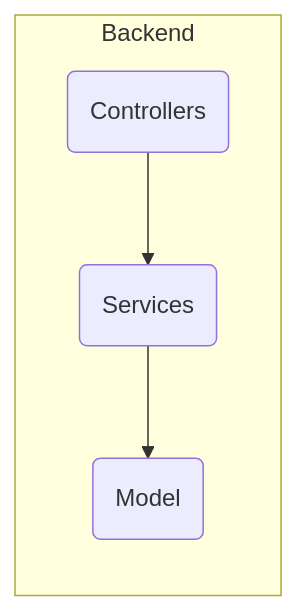
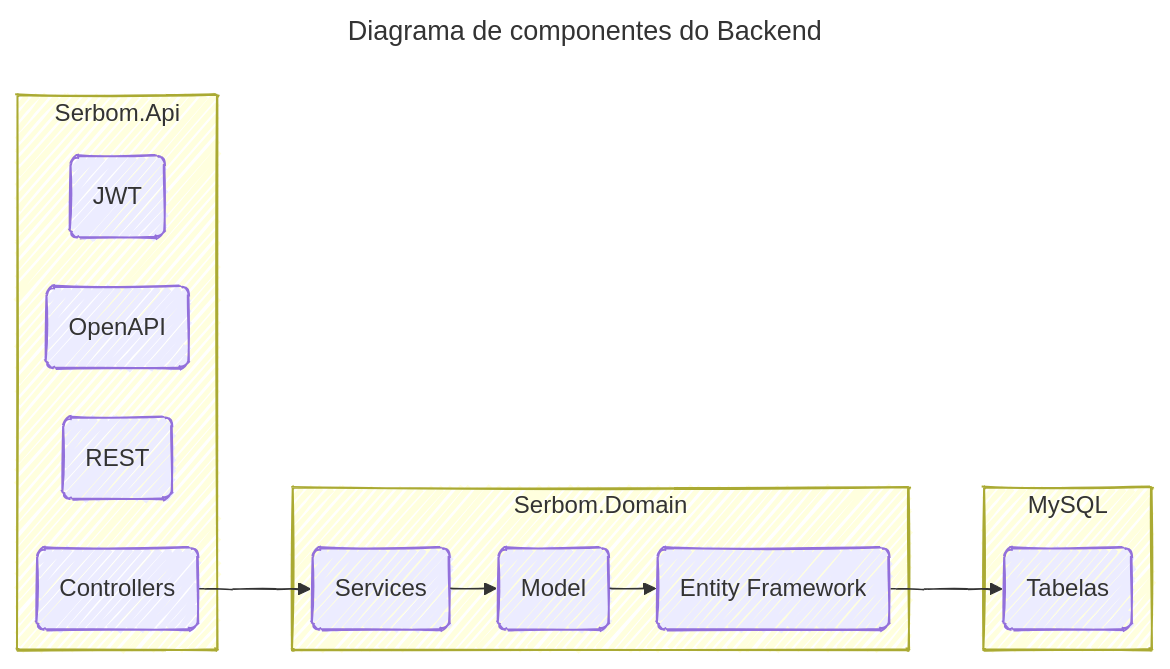
One commit to Porantim/serbom changed the diagram in doc/backend.md. Above: the diagram before and after it, drawn with Mermaid. The commit also changed other lines of this file, not shown here.

````diff
--- a/doc/backend.md
+++ b/doc/backend.md
@@ -5,10 +13,27 @@
 ```mermaid
+---
+config:
+  layout: elk
+  look: handDrawn
+  theme: halloween
+title: Diagrama de componentes do Backend
+---
 graph LR
-    subgraph Backend
-        B1(Controllers)
-        B2(Services)
-        B3(Model)
-        B1 --> B2
-        B2 --> B3
+    subgraph Serbom.Api
+        A1(OpenAPI)
+        A2(Controllers)
+        A3(JWT)
+        A4(REST)
     end
+    subgraph Serbom.Domain
+        D1(Services)
+        D2(Model)
+        D3(Entity Framework)
+        D1 --> D2 --> D3
+    end
+    subgraph MySQL
+        M1(Tabelas)
+    end
+    A2 --> D1
+    D3 --> M1
 ```
````
